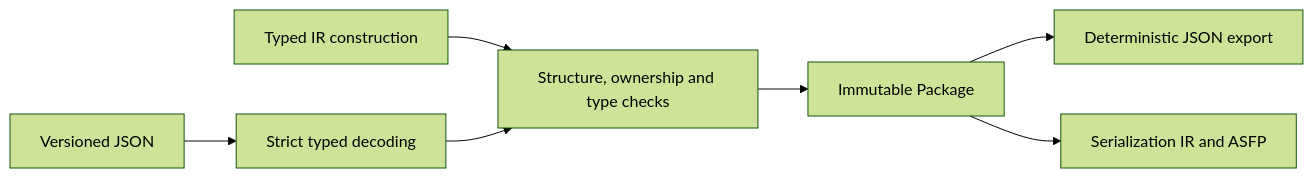
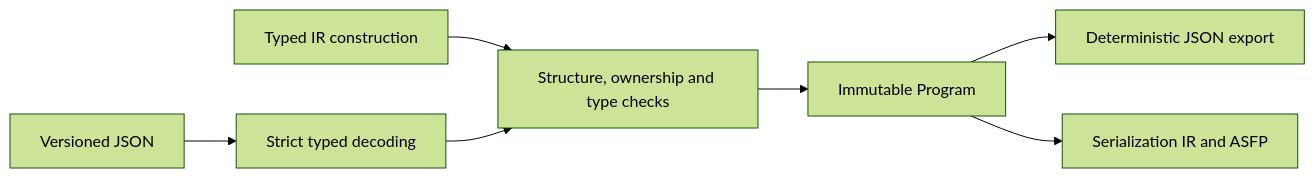
One commit to TsumiNa/sciloom changed the diagram in docs/11_SEMANTIC_IR.md. Above: the diagram before and after it, drawn with Mermaid (forest theme). The commit also changed other lines of this file and 34 other files, not shown here.

````diff
--- a/docs/11_SEMANTIC_IR.md
+++ b/docs/11_SEMANTIC_IR.md
@@ -10,7 +10,7 @@
 ```mermaid
 flowchart LR
     Typed["Typed IR construction"] --> Validate["Structure, ownership and type checks"]
     JSON["Versioned JSON"] --> Decode["Strict typed decoding"] --> Validate
-    Validate --> IR["Immutable Package"] --> Encode["Deterministic JSON export"]
+    Validate --> IR["Immutable Program"] --> Encode["Deterministic JSON export"]
     IR --> Backend["Serialization IR and ASFP"]
 ```
````
